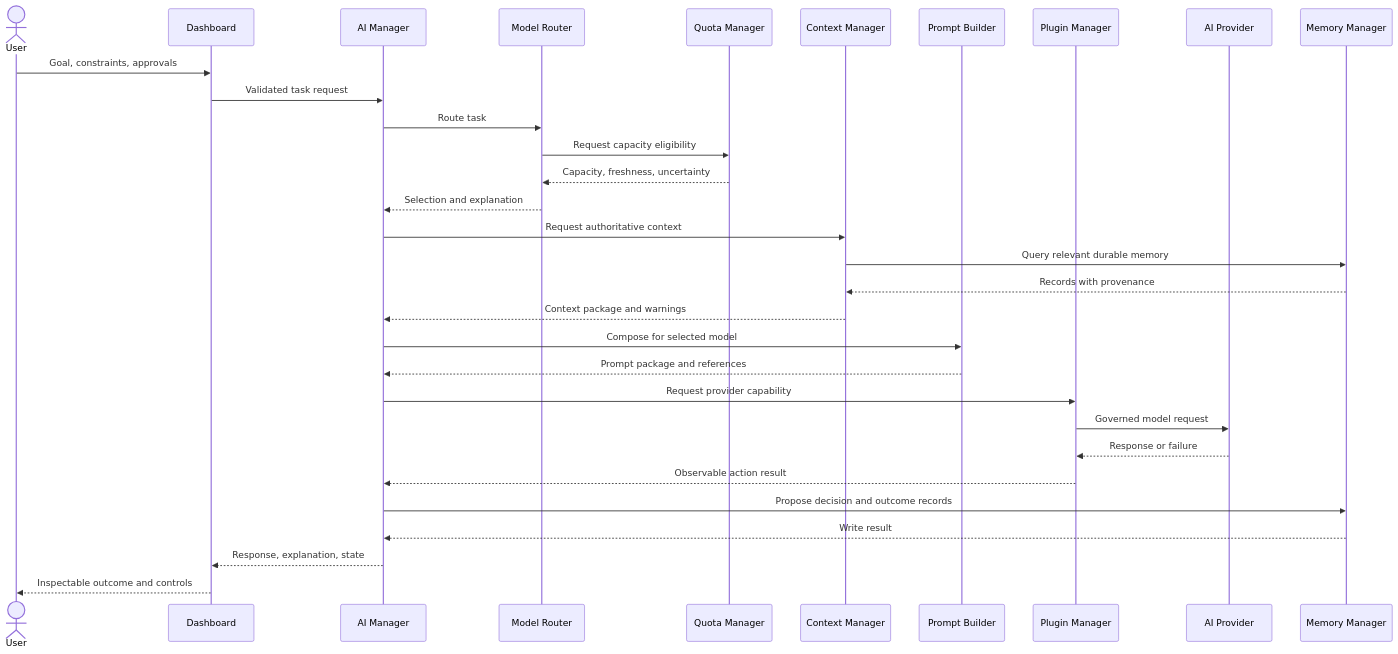
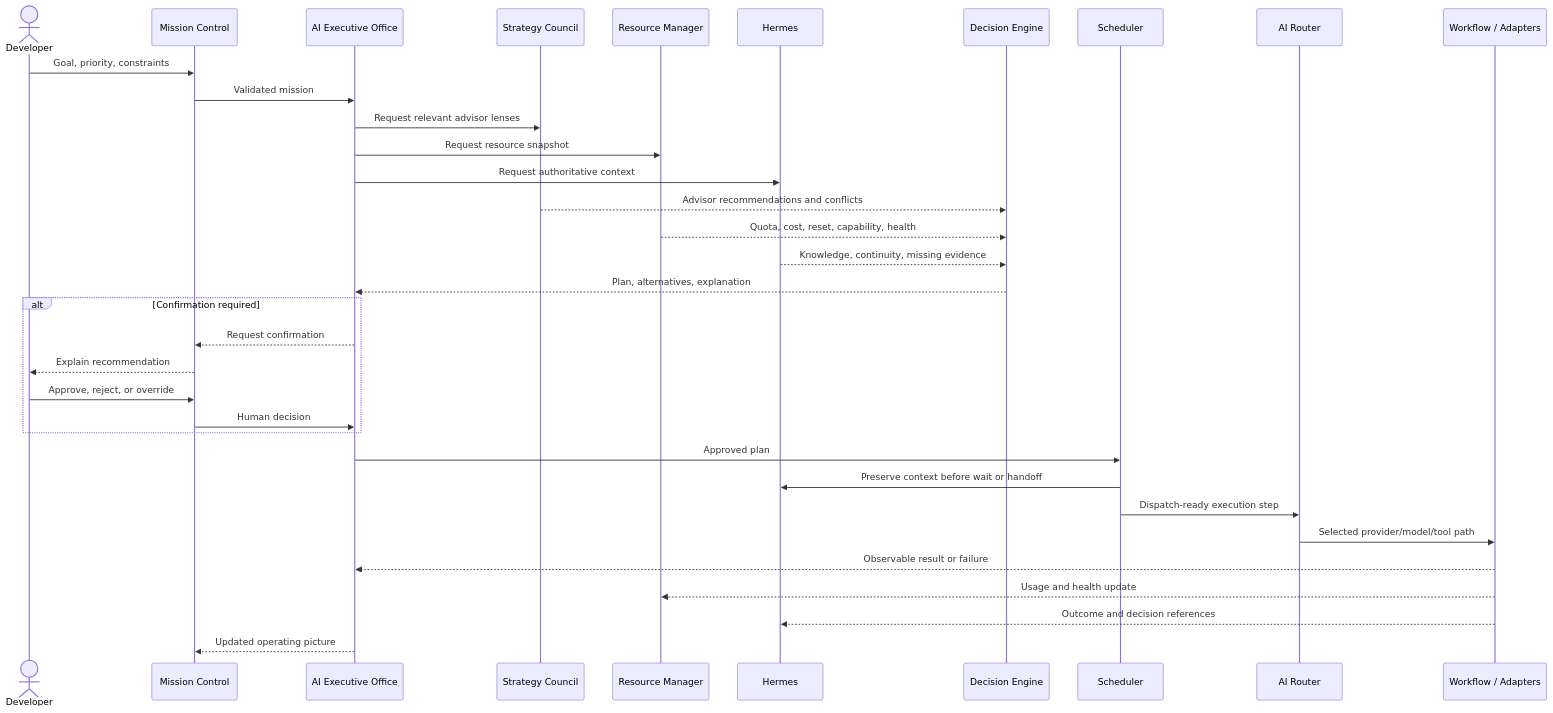
Before and after one commit to jim00e-Shao/ai-manager: the second of 2 diagrams in docs/architecture/DATA_FLOW.md, drawn with Mermaid. The commit also changed other lines of this file and 24 other files, not shown here.

Commit message:
docs: reposition AI Manager as AI Executive Office

````diff
--- a/docs/architecture/DATA_FLOW.md
+++ b/docs/architecture/DATA_FLOW.md
@@ -51,34 +54,37 @@
 ```mermaid
 sequenceDiagram
-    actor User
-    participant Dashboard
-    participant Manager as AI Manager
-    participant Router as Model Router
-    participant Quota as Quota Manager
-    participant Context as Context Manager
-    participant Prompt as Prompt Builder
-    participant Plugins as Plugin Manager
-    participant Provider as AI Provider
-    participant Memory as Memory Manager
+    actor Developer
+    participant Mission as Mission Control
+    participant Office as AI Executive Office
+    participant Council as Strategy Council
+    participant Resource as Resource Manager
+    participant Hermes
+    participant Decision as Decision Engine
+    participant Scheduler
+    participant Router as AI Router
+    participant Execution as Workflow / Adapters
 
-    User->>Dashboard: Goal, constraints, approvals
-    Dashboard->>Manager: Validated task request
-    Manager->>Router: Route task
-    Router->>Quota: Request capacity eligibility
-    Quota-->>Router: Capacity, freshness, uncertainty
-    Router-->>Manager: Selection and explanation
-    Manager->>Context: Request authoritative context
-    Context->>Memory: Query relevant durable memory
-    Memory-->>Context: Records with provenance
-    Context-->>Manager: Context package and warnings
-    Manager->>Prompt: Compose for selected model
-    Prompt-->>Manager: Prompt package and references
-    Manager->>Plugins: Request provider capability
-    Plugins->>Provider: Governed model request
-    Provider-->>Plugins: Response or failure
-    Plugins-->>Manager: Observable action result
-    Manager->>Memory: Propose decision and outcome records
-    Memory-->>Manager: Write result
-    Manager-->>Dashboard: Response, explanation, state
-    Dashboard-->>User: Inspectable outcome and controls
+    Developer->>Mission: Goal, priority, constraints
+    Mission->>Office: Validated mission
+    Office->>Council: Request relevant advisor lenses
+    Office->>Resource: Request resource snapshot
+    Office->>Hermes: Request authoritative context
+    Council-->>Decision: Advisor recommendations and conflicts
+    Resource-->>Decision: Quota, cost, reset, capability, health
+    Hermes-->>Decision: Knowledge, continuity, missing evidence
+    Decision-->>Office: Plan, alternatives, explanation
+    alt Confirmation required
+        Office-->>Mission: Request confirmation
+        Mission-->>Developer: Explain recommendation
+        Developer->>Mission: Approve, reject, or override
+        Mission->>Office: Human decision
+    end
+    Office->>Scheduler: Approved plan
+    Scheduler->>Hermes: Preserve context before wait or handoff
+    Scheduler->>Router: Dispatch-ready execution step
+    Router->>Execution: Selected provider/model/tool path
+    Execution-->>Office: Observable result or failure
+    Execution-->>Resource: Usage and health update
+    Execution-->>Hermes: Outcome and decision references
+    Office-->>Mission: Updated operating picture
 ```
````
